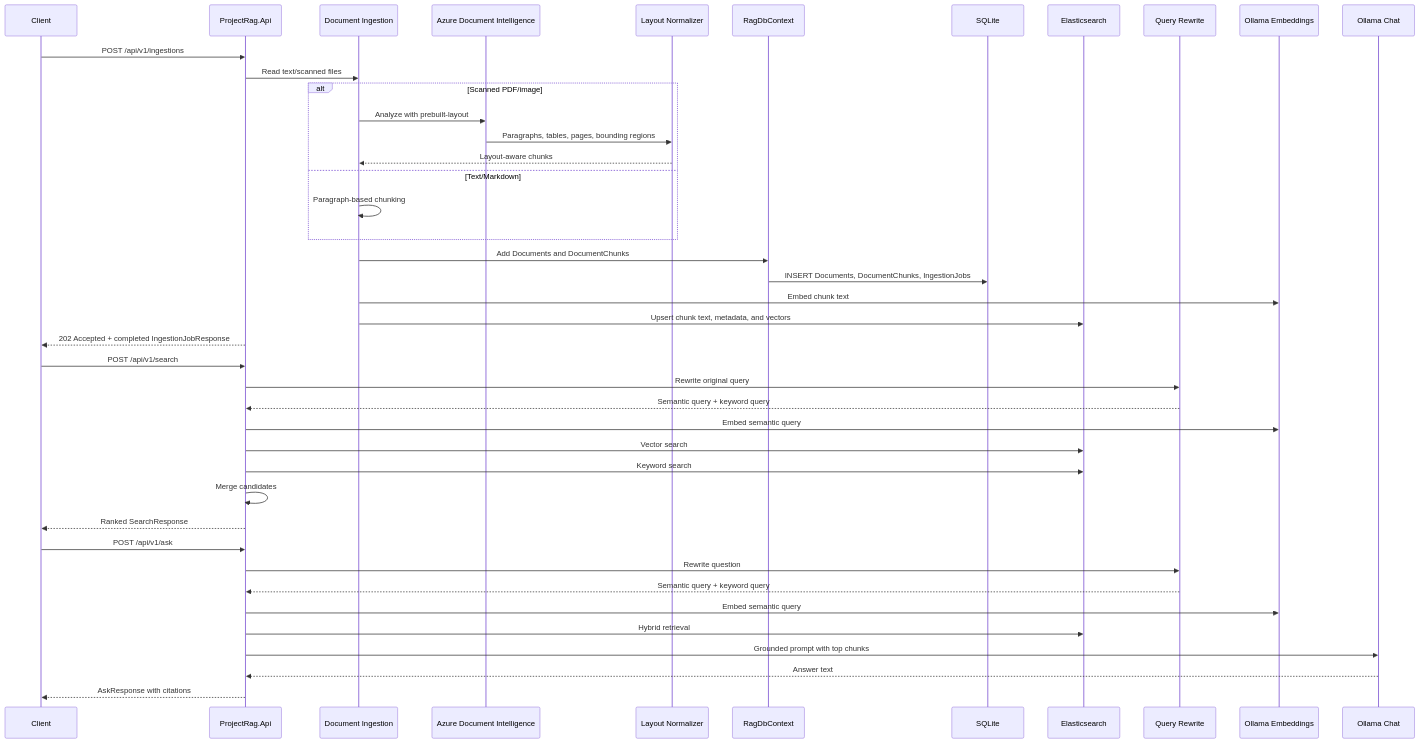
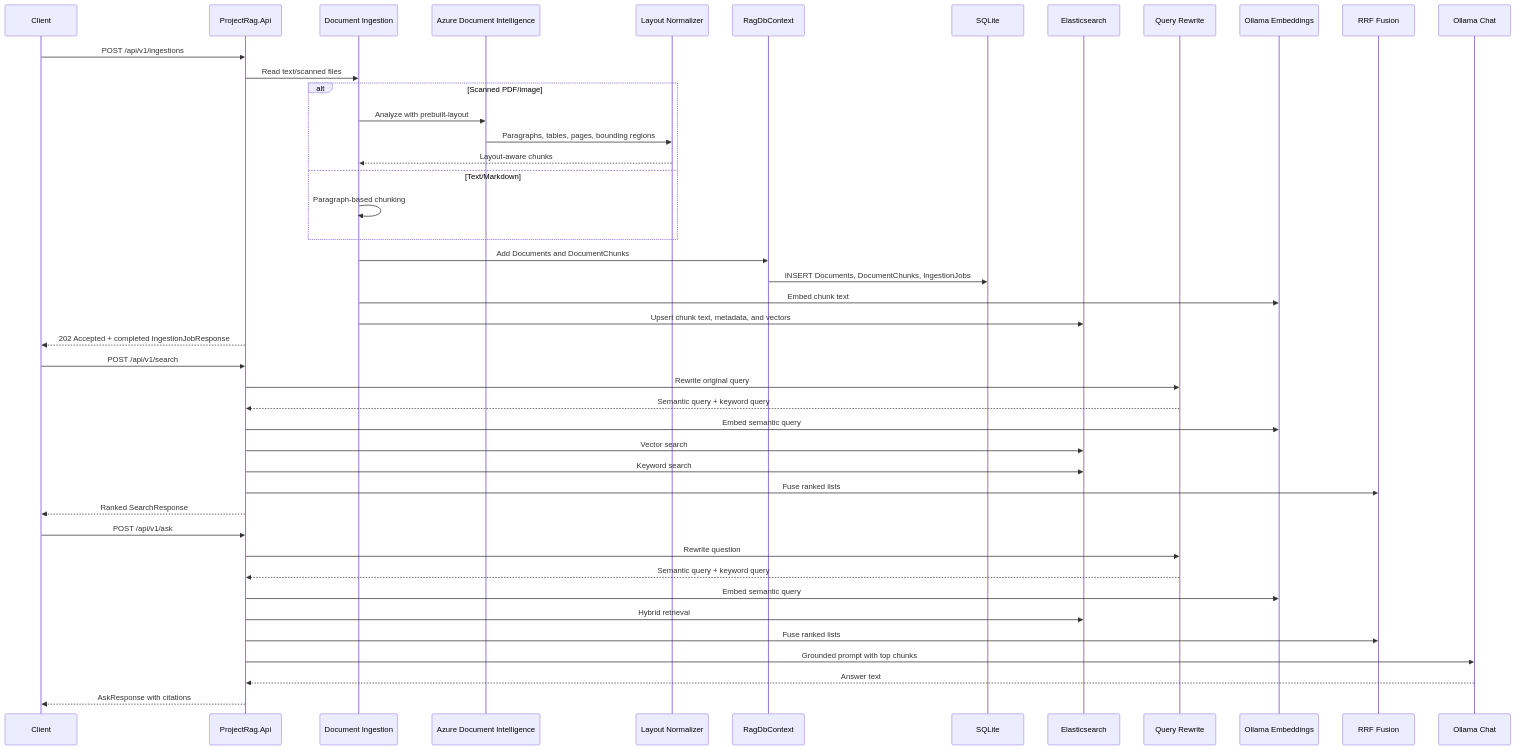
One commit to RegainFlow/ProjectRag changed the third of 3 diagrams in docs/ARCHITECTURE.md. Above: the diagram before and after it, drawn with Mermaid. The commit also changed other lines of this file and 21 other files, not shown here.

````diff
--- a/docs/ARCHITECTURE.md
+++ b/docs/ARCHITECTURE.md
@@ -206,47 +207,49 @@
 ```mermaid
 sequenceDiagram
     participant Client
     participant API as ProjectRag.Api
     participant Ingest as Document Ingestion
     participant Extract as Azure Document Intelligence
     participant Normalize as Layout Normalizer
     participant EF as RagDbContext
     participant DB as SQLite
     participant ES as Elasticsearch
     participant Rewrite as Query Rewrite
     participant Embed as Ollama Embeddings
+    participant RRF as RRF Fusion
     participant Chat as Ollama Chat
 
     Client->>API: POST /api/v1/ingestions
     API->>Ingest: Read text/scanned files
     alt Scanned PDF/image
         Ingest->>Extract: Analyze with prebuilt-layout
         Extract->>Normalize: Paragraphs, tables, pages, bounding regions
         Normalize-->>Ingest: Layout-aware chunks
     else Text/Markdown
         Ingest->>Ingest: Paragraph-based chunking
     end
     Ingest->>EF: Add Documents and DocumentChunks
     EF->>DB: INSERT Documents, DocumentChunks, IngestionJobs
     Ingest->>Embed: Embed chunk text
     Ingest->>ES: Upsert chunk text, metadata, and vectors
     API-->>Client: 202 Accepted + completed IngestionJobResponse
 
     Client->>API: POST /api/v1/search
     API->>Rewrite: Rewrite original query
     Rewrite-->>API: Semantic query + keyword query
     API->>Embed: Embed semantic query
     API->>ES: Vector search
     API->>ES: Keyword search
-    API->>API: Merge candidates
+    API->>RRF: Fuse ranked lists
     API-->>Client: Ranked SearchResponse
 
     Client->>API: POST /api/v1/ask
     API->>Rewrite: Rewrite question
     Rewrite-->>API: Semantic query + keyword query
     API->>Embed: Embed semantic query
     API->>ES: Hybrid retrieval
+    API->>RRF: Fuse ranked lists
     API->>Chat: Grounded prompt with top chunks
     Chat-->>API: Answer text
     API-->>Client: AskResponse with citations
 ```
````
